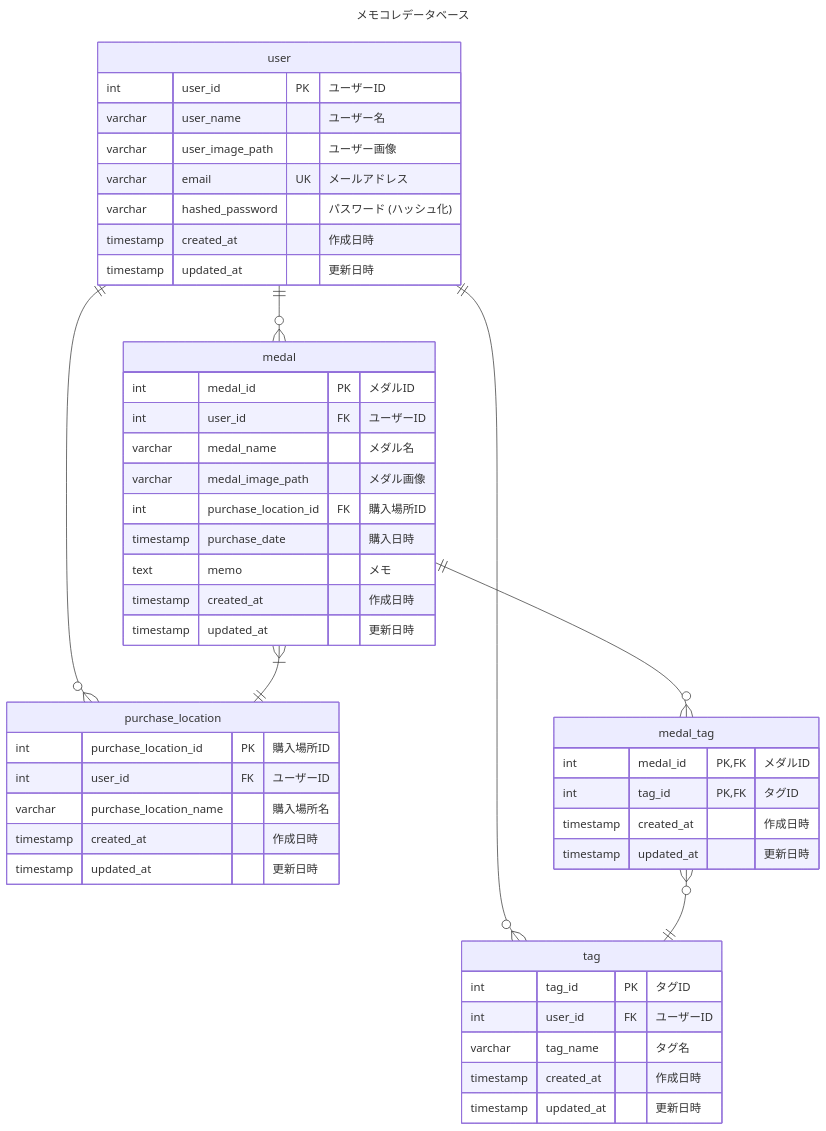
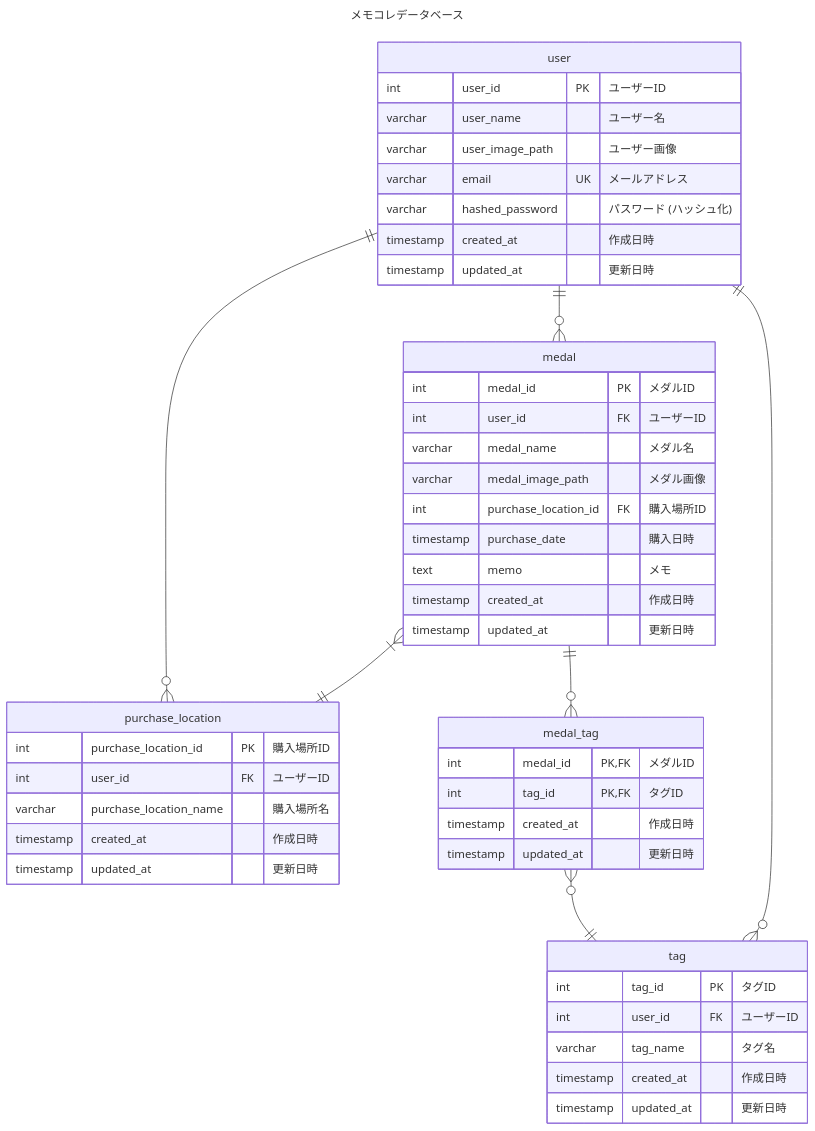
Before and after one commit to team-tiro/medal-collection-document: the diagram in docs/pages/ER図.md, drawn with Mermaid. The commit also changed other lines of this file, not shown here.

Commit message:
fix: erDiagramの順番変更

````diff
--- a/docs/pages/ER図.md
+++ b/docs/pages/ER図.md
@@ -3,57 +3,57 @@
 ```mermaid
 ---
 title: "メモコレデータベース"
 ---
 erDiagram
     user ||--o{ medal: ""
     user ||--o{ tag: ""
+    medal }|--|| purchase_location: ""
+    medal ||--o{ medal_tag: ""
     user ||--o{ purchase_location: ""
-    medal ||--o{ medal_tag: ""
     medal_tag }o--|| tag: ""
-    medal }|--|| purchase_location: ""
 
   user {
     int user_id PK "ユーザーID"
     varchar user_name "ユーザー名"
     varchar user_image_path "ユーザー画像"
     varchar email UK "メールアドレス"
     varchar hashed_password "パスワード (ハッシュ化)"
     timestamp created_at "作成日時"
     timestamp updated_at "更新日時"
   }
 
   medal {
     int medal_id PK "メダルID"
     int user_id FK "ユーザーID"
     varchar medal_name "メダル名"
     varchar medal_image_path "メダル画像"
     int purchase_location_id FK "購入場所ID"
     timestamp purchase_date "購入日時"
     text memo "メモ"
     timestamp created_at "作成日時"
     timestamp updated_at "更新日時"
   }
 
   medal_tag {
     int medal_id PK,FK "メダルID"
     int tag_id PK,FK "タグID"
     timestamp created_at "作成日時"
     timestamp updated_at "更新日時"
   }
 
   tag {
     int tag_id PK "タグID"
     int user_id FK "ユーザーID"
     varchar tag_name "タグ名"
     timestamp created_at "作成日時"
     timestamp updated_at "更新日時"
   }
 
   purchase_location {
     int purchase_location_id PK "購入場所ID"
     int user_id FK "ユーザーID"
     varchar purchase_location_name "購入場所名"
     timestamp created_at "作成日時"
     timestamp updated_at "更新日時"
   }
 ```
````
